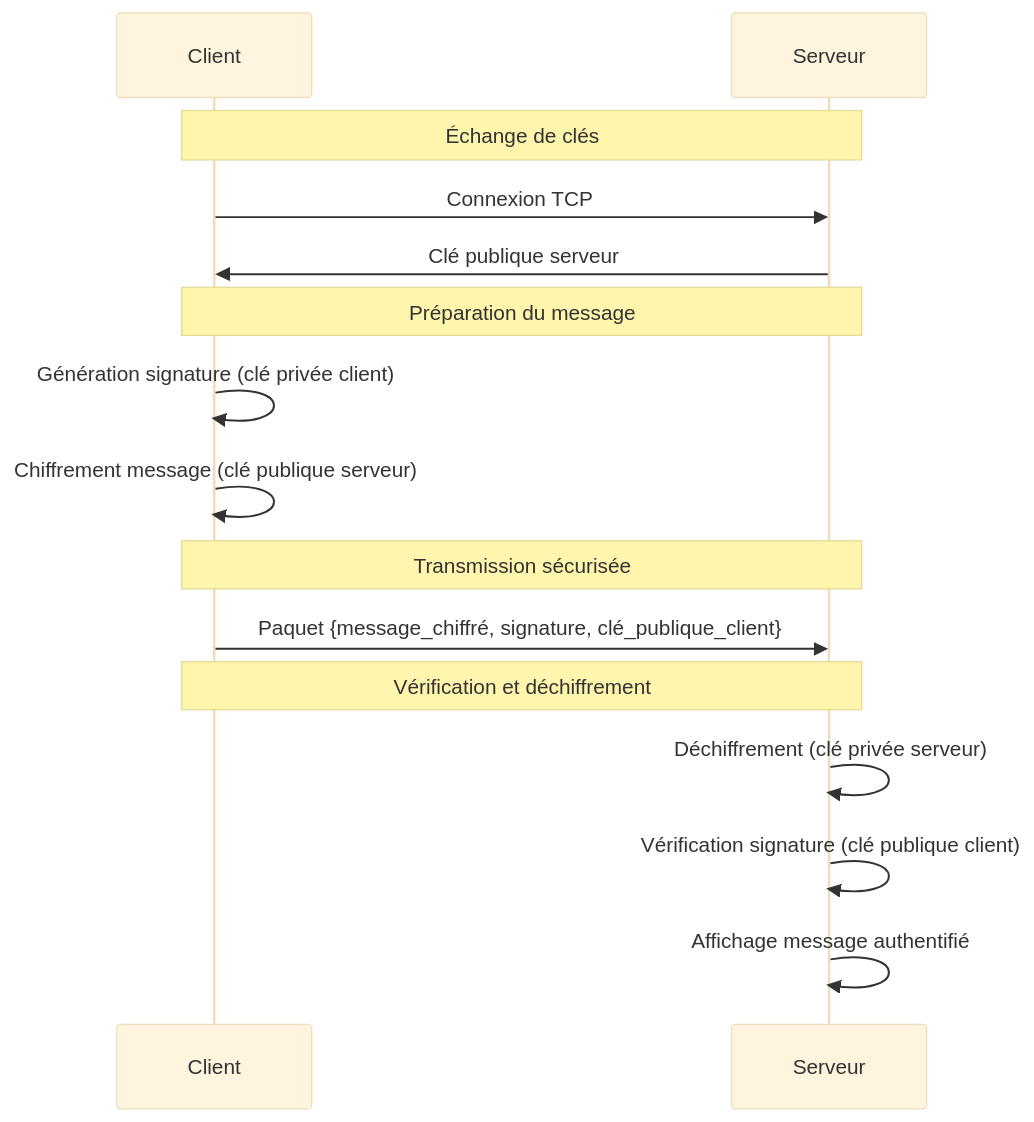
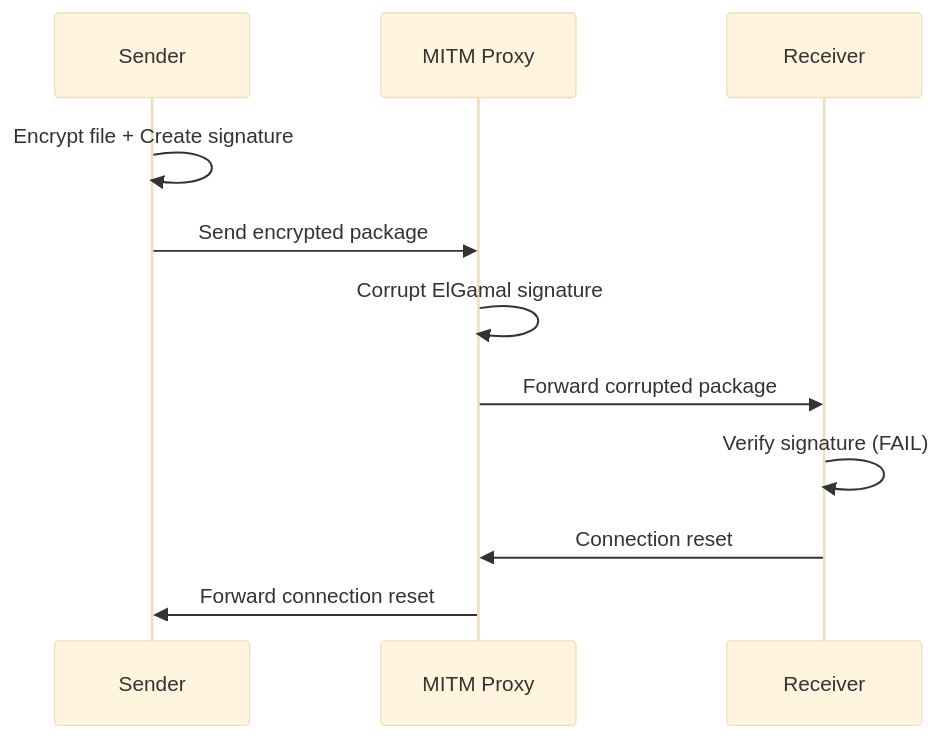
One commit to NourIslamAoudia/test_for_readme_fiel changed the fifth of 5 diagrams in README.md. Above: the diagram before and after it, drawn with Mermaid (base theme). The commit also changed other lines of this file, not shown here.

````diff
--- a/README.md
+++ b/README.md
@@ -118,21 +255,14 @@
 ```mermaid
 sequenceDiagram
-    participant C as Client
-    participant S as Serveur
-
-    Note over C,S: Échange de clés
-    C->>S: Connexion TCP
-    S->>C: Clé publique serveur
-
-    Note over C,S: Préparation du message
-    C->>C: Génération signature (clé privée client)
-    C->>C: Chiffrement message (clé publique serveur)
-
-    Note over C,S: Transmission sécurisée
-    C->>S: Paquet {message_chiffré, signature, clé_publique_client}
-
-    Note over C,S: Vérification et déchiffrement
-    S->>S: Déchiffrement (clé privée serveur)
-    S->>S: Vérification signature (clé publique client)
-    S->>S: Affichage message authentifié
+    participant S as Sender
+    participant M as MITM Proxy
+    participant R as Receiver
+    
+    S->>S: Encrypt file + Create signature
+    S->>M: Send encrypted package
+    M->>M: Corrupt ElGamal signature
+    M->>R: Forward corrupted package
+    R->>R: Verify signature (FAIL)
+    R->>M: Connection reset
+    M->>S: Forward connection reset
 ```
````
